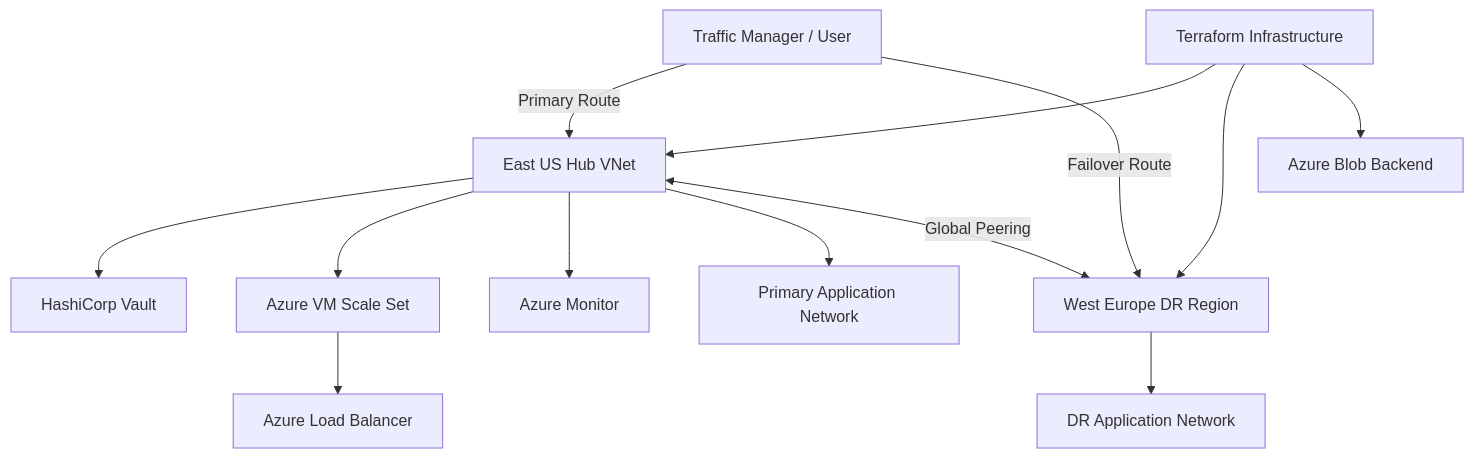
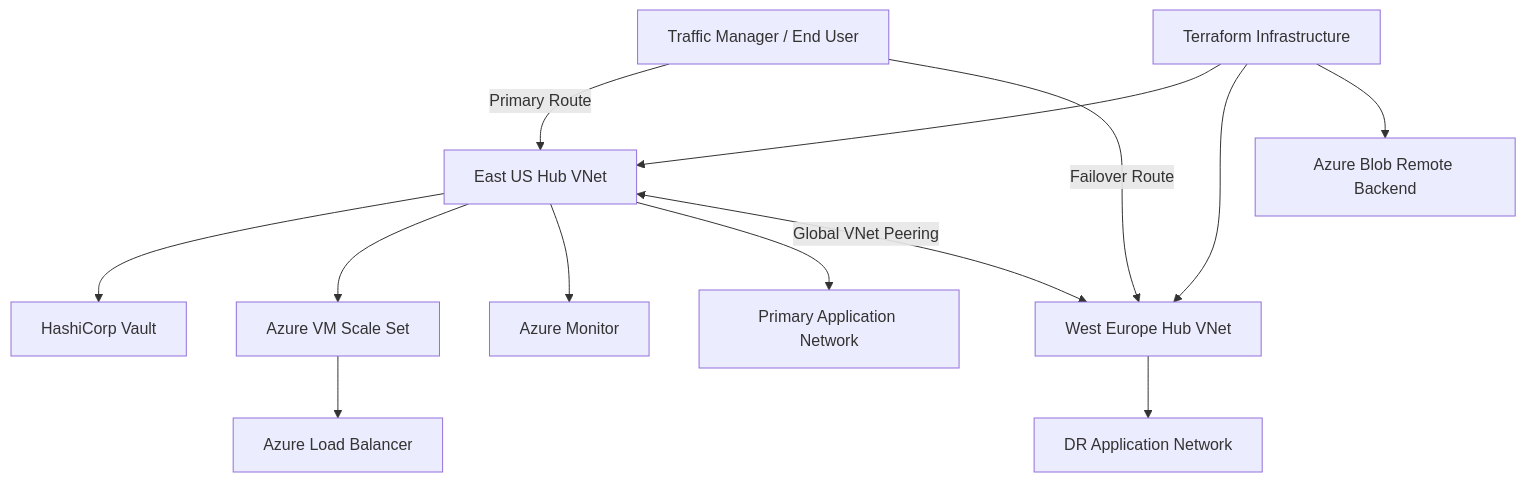
The diagram in README.md (akamitt009/secure-multi-region-infrastructure-automation), drawn with Mermaid before and after one commit. The commit also changed other lines of this file, not shown here.

````diff
--- a/README.md
+++ b/README.md
@@ -112,50 +113,49 @@
 ```mermaid
 graph TD
 
-User[Traffic Manager / User]
+User[Traffic Manager / End User]
 
-Primary[East US Hub VNet]
+Hub1[East US Hub VNet]
 
-Secondary[West Europe DR Region]
+Hub2[West Europe Hub VNet]
 
 Spoke1[Primary Application Network]
 
 Spoke2[DR Application Network]
 
 Terraform[Terraform Infrastructure]
 
 Vault[HashiCorp Vault]
 
-Backend[Azure Blob Backend]
+Backend[Azure Blob Remote Backend]
 
 VMSS[Azure VM Scale Set]
 
 LB[Azure Load Balancer]
 
 Monitor[Azure Monitor]
 
-User -->|Primary Route| Primary
+User -->|Primary Route| Hub1
 
-User -->|Failover Route| Secondary
+User -->|Failover Route| Hub2
 
-Terraform --> Primary
+Terraform --> Hub1
 
-Terraform --> Secondary
+Terraform --> Hub2
 
 Terraform --> Backend
 
-Primary --> Vault
+Hub1 --> Vault
 
-Primary --> VMSS
+Hub1 --> VMSS
 
 VMSS --> LB
 
-Primary --> Monitor
+Hub1 --> Monitor
 
-Primary --> Spoke1
+Hub1 --> Spoke1
 
-Secondary --> Spoke2
+Hub2 --> Spoke2
 
-Primary <-->|Global Peering| Secondary
-
+Hub1 <-->|Global VNet Peering| Hub2
 ```
````
